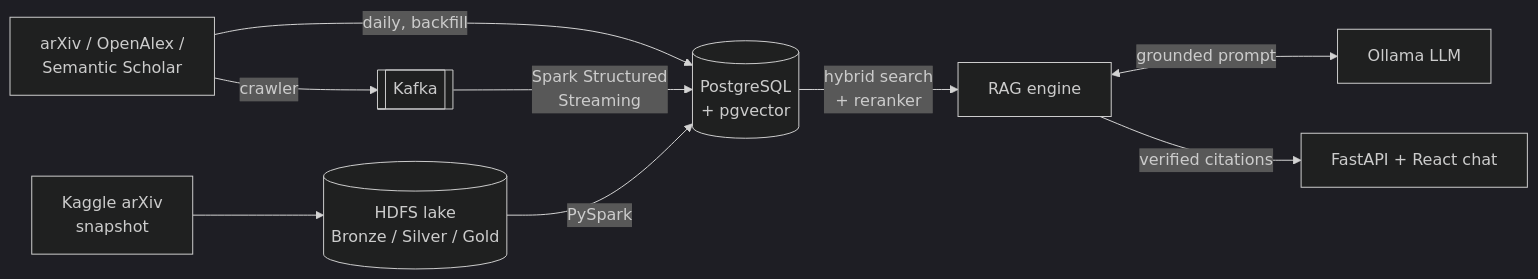
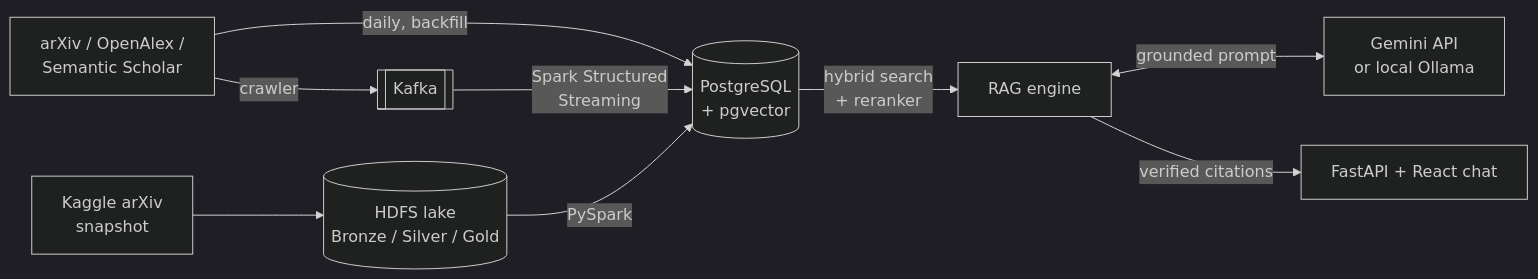
One commit to leminh05/CyberResearchAI changed the diagram in README.md. Above: the diagram before and after it, drawn with Mermaid (dark theme). The commit also changed other lines of this file and 9 other files, not shown here.

````diff
--- a/README.md
+++ b/README.md
@@ -31,9 +32,9 @@
 ```mermaid
 flowchart LR
     A[arXiv / OpenAlex /<br/>Semantic Scholar] -->|daily, backfill| P[(PostgreSQL<br/>+ pgvector)]
     A -->|crawler| K[[Kafka]] -->|Spark Structured<br/>Streaming| P
     S[Kaggle arXiv<br/>snapshot] --> H[(HDFS lake<br/>Bronze / Silver / Gold)] -->|PySpark| P
     P -->|hybrid search<br/>+ reranker| R[RAG engine]
-    R <-->|grounded prompt| L[Ollama LLM]
+    R <-->|grounded prompt| L[Gemini API<br/>or local Ollama]
     R -->|verified citations| W[FastAPI + React chat]
 ```
````
